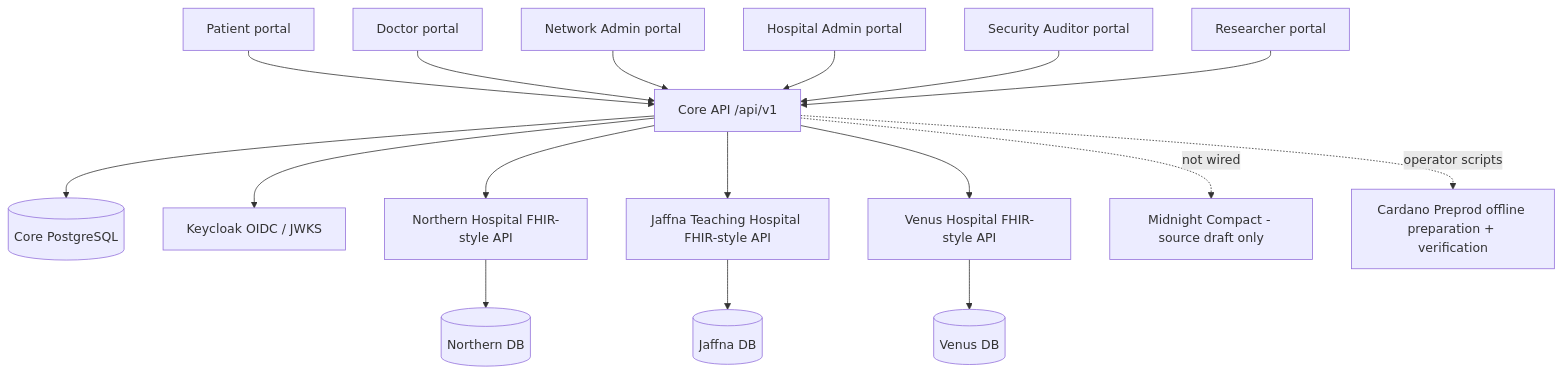
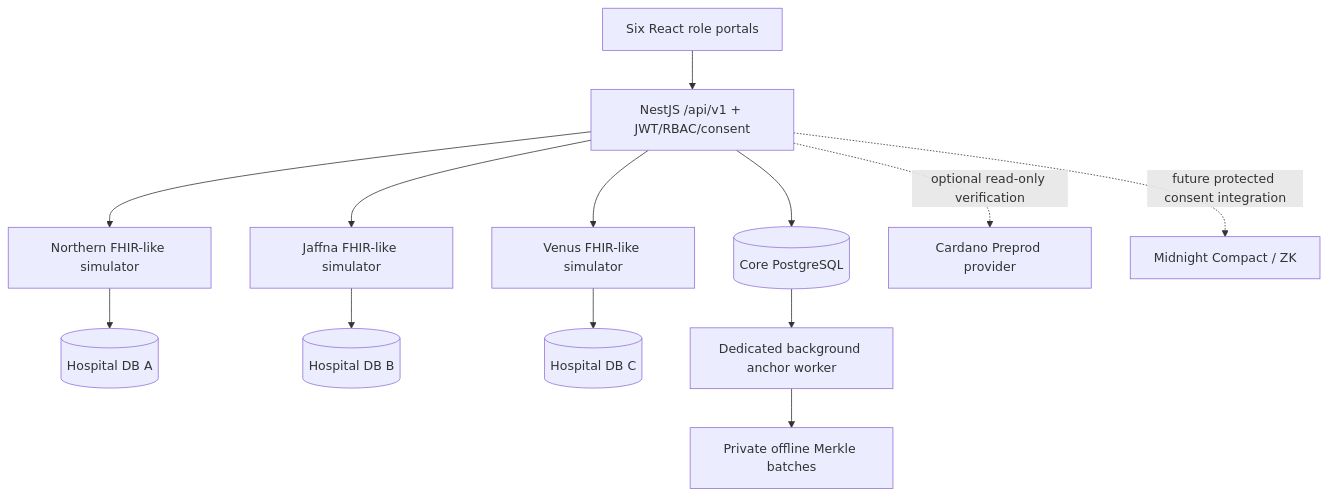
The diagram in README.md (Harishpavan-dev/LankaHealthChain), drawn with Mermaid before and after one commit. The commit also changed other lines of this file and 73 other files, not shown here.

````diff
--- a/README.md
+++ b/README.md
@@ -28,19 +20,12 @@
 ```mermaid
 flowchart TB
-  P[Patient portal] --> API[Core API /api/v1]
-  D[Doctor portal] --> API
-  A[Network Admin portal] --> API
-  HA[Hospital Admin portal] --> API
-  SEC[Security Auditor portal] --> API
-  R[Researcher portal] --> API
+  U[Six React role portals] --> API[NestJS /api/v1 + JWT/RBAC/consent]
   API --> CORE[(Core PostgreSQL)]
-  API --> AUTH[Keycloak OIDC / JWKS]
-  API --> N[Northern Hospital FHIR-style API]
-  API --> J[Jaffna Teaching Hospital FHIR-style API]
-  API --> V[Venus Hospital FHIR-style API]
-  N --> NDB[(Northern DB)]
-  J --> JDB[(Jaffna DB)]
-  V --> VDB[(Venus DB)]
-  API -.not wired-.-> MID[Midnight Compact - source draft only]
-  API -.operator scripts-.-> CAR[Cardano Preprod offline preparation + verification]
+  API --> H1[Northern FHIR-like simulator] --> D1[(Hospital DB A)]
+  API --> H2[Jaffna FHIR-like simulator] --> D2[(Hospital DB B)]
+  API --> H3[Venus FHIR-like simulator] --> D3[(Hospital DB C)]
+  CORE --> W[Dedicated background anchor worker]
+  W --> OFF[Private offline Merkle batches]
+  API -. optional read-only verification .-> CARD[Cardano Preprod provider]
+  API -. future protected consent integration .-> MID[Midnight Compact / ZK]
 ```
````
